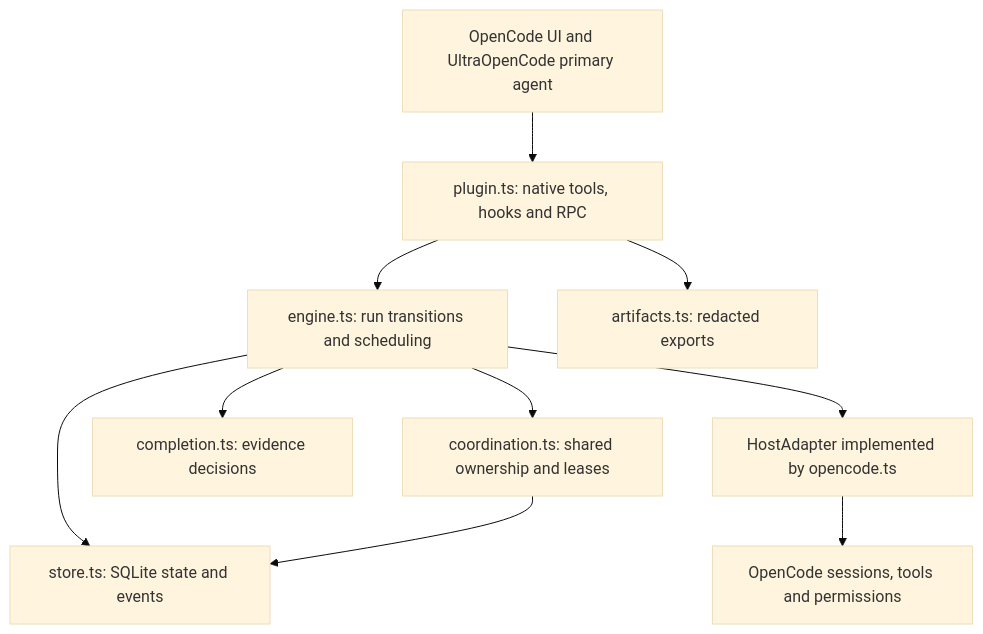
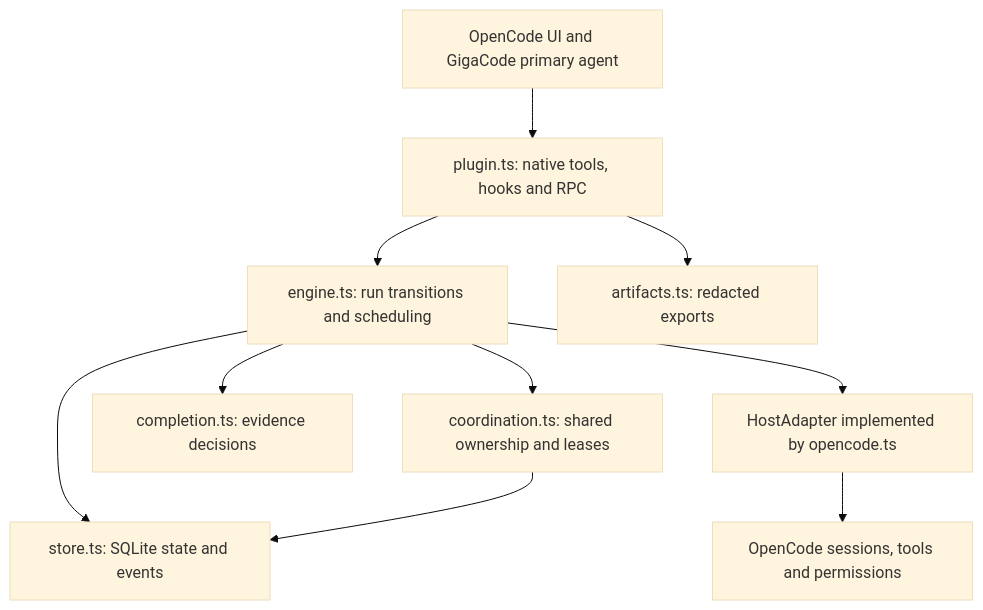
The diagram in docs/architecture.md (expiracy/gigacode), drawn with Mermaid (base theme) before and after one commit. The commit also changed other lines of this file and 93 other files, not shown here.

````diff
--- a/docs/architecture.md
+++ b/docs/architecture.md
@@ -13,12 +13,12 @@
 ```mermaid
 flowchart TD
-    UI["OpenCode UI and UltraOpenCode primary agent"] --> Plugin["plugin.ts: native tools, hooks and RPC"]
+    UI["OpenCode UI and GigaCode primary agent"] --> Plugin["plugin.ts: native tools, hooks and RPC"]
     Plugin --> Engine["engine.ts: run transitions and scheduling"]
     Engine --> Coordination["coordination.ts: shared ownership and leases"]
     Engine --> Completion["completion.ts: evidence decisions"]
     Engine --> Store["store.ts: SQLite state and events"]
     Coordination --> Store
     Engine --> Adapter["HostAdapter implemented by opencode.ts"]
     Adapter --> Native["OpenCode sessions, tools and permissions"]
     Plugin --> Artifacts["artifacts.ts: redacted exports"]
 ```
````
